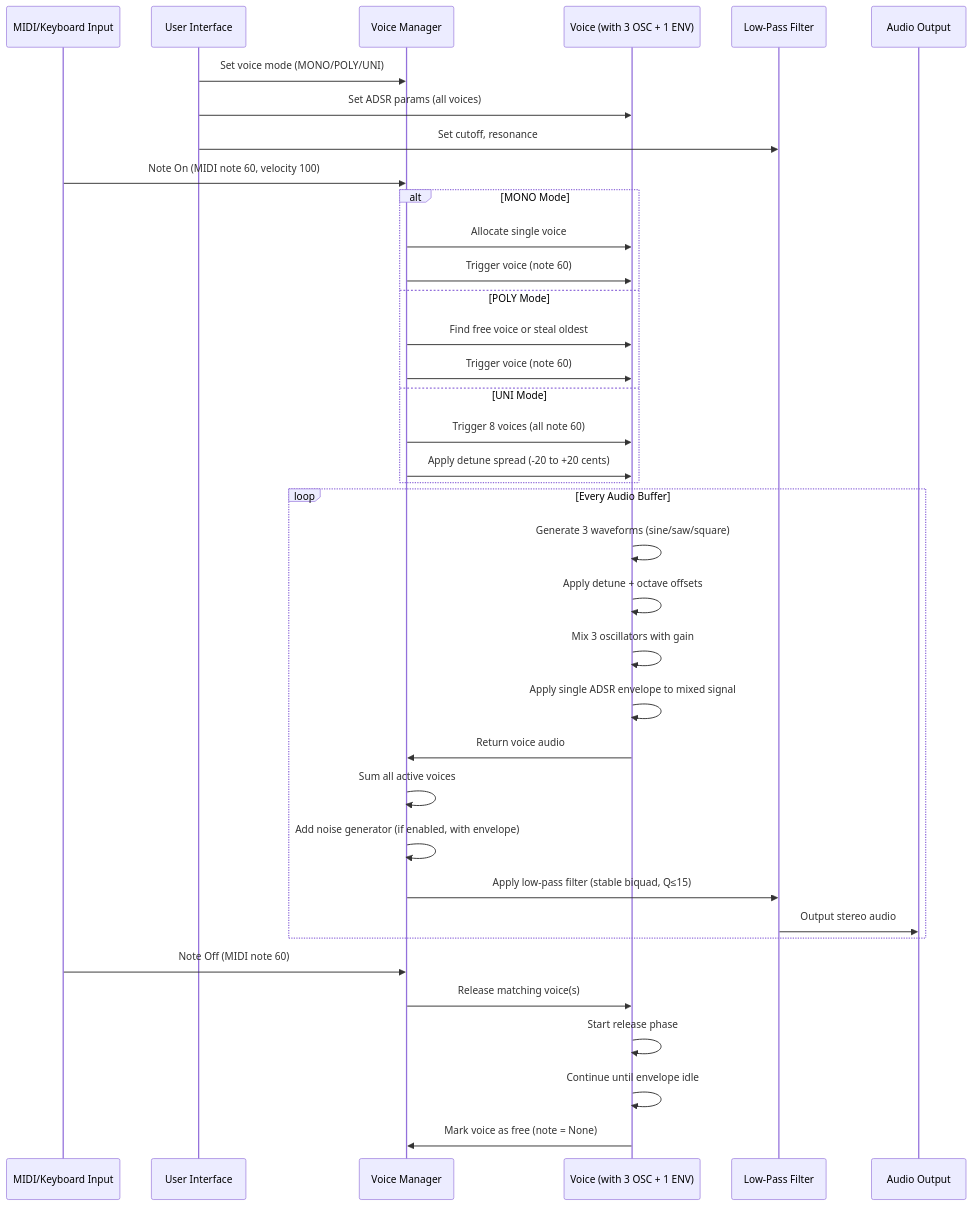
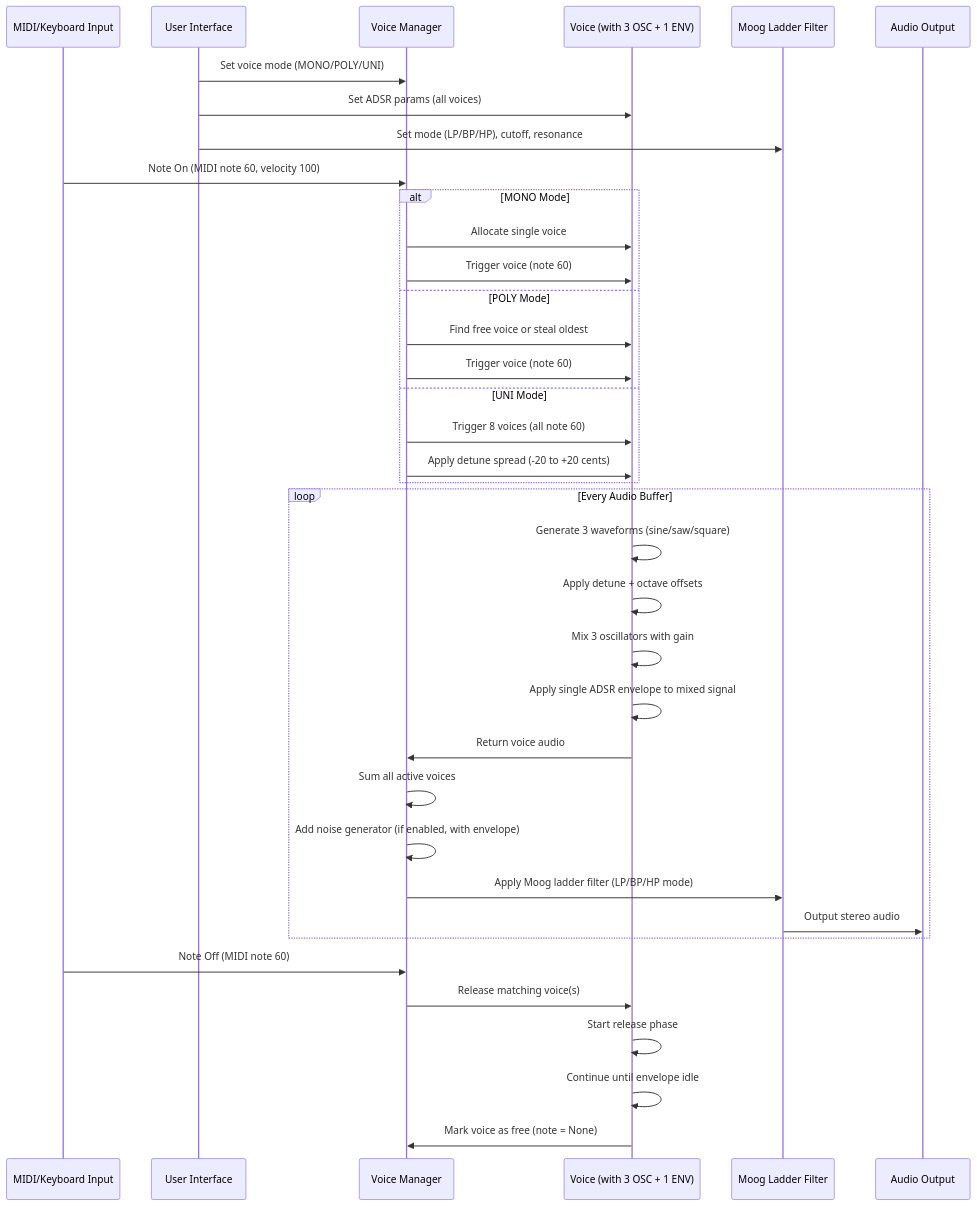
One commit to clemgoub/TripleOscillator changed the third of 3 diagrams in README.md. Above: the diagram before and after it, drawn with Mermaid. The commit also changed other lines of this file, not shown here.

First line of the commit message:
Update README for Moog ladder filter implementation

````diff
--- a/README.md
+++ b/README.md
@@ -340,44 +352,44 @@
 ```mermaid
 sequenceDiagram
     participant INPUT as MIDI/Keyboard Input
     participant UI as User Interface
     participant VM as Voice Manager
     participant VOICE as Voice (with 3 OSC + 1 ENV)
-    participant FILT as Low-Pass Filter
+    participant FILT as Moog Ladder Filter
     participant OUT as Audio Output
 
     UI->>VM: Set voice mode (MONO/POLY/UNI)
     UI->>VOICE: Set ADSR params (all voices)
-    UI->>FILT: Set cutoff, resonance
+    UI->>FILT: Set mode (LP/BP/HP), cutoff, resonance
 
     INPUT->>VM: Note On (MIDI note 60, velocity 100)
 
     alt MONO Mode
         VM->>VOICE: Allocate single voice
         VM->>VOICE: Trigger voice (note 60)
     else POLY Mode
         VM->>VOICE: Find free voice or steal oldest
         VM->>VOICE: Trigger voice (note 60)
     else UNI Mode
         VM->>VOICE: Trigger 8 voices (all note 60)
         VM->>VOICE: Apply detune spread (-20 to +20 cents)
     end
 
     loop Every Audio Buffer
         VOICE->>VOICE: Generate 3 waveforms (sine/saw/square)
         VOICE->>VOICE: Apply detune + octave offsets
         VOICE->>VOICE: Mix 3 oscillators with gain
         VOICE->>VOICE: Apply single ADSR envelope to mixed signal
         VOICE->>VM: Return voice audio
         VM->>VM: Sum all active voices
         VM->>VM: Add noise generator (if enabled, with envelope)
-        VM->>FILT: Apply low-pass filter (stable biquad, Q≤15)
+        VM->>FILT: Apply Moog ladder filter (LP/BP/HP mode)
         FILT->>OUT: Output stereo audio
     end
 
     INPUT->>VM: Note Off (MIDI note 60)
     VM->>VOICE: Release matching voice(s)
     VOICE->>VOICE: Start release phase
     VOICE->>VOICE: Continue until envelope idle
     VOICE->>VM: Mark voice as free (note = None)
 ```
````
